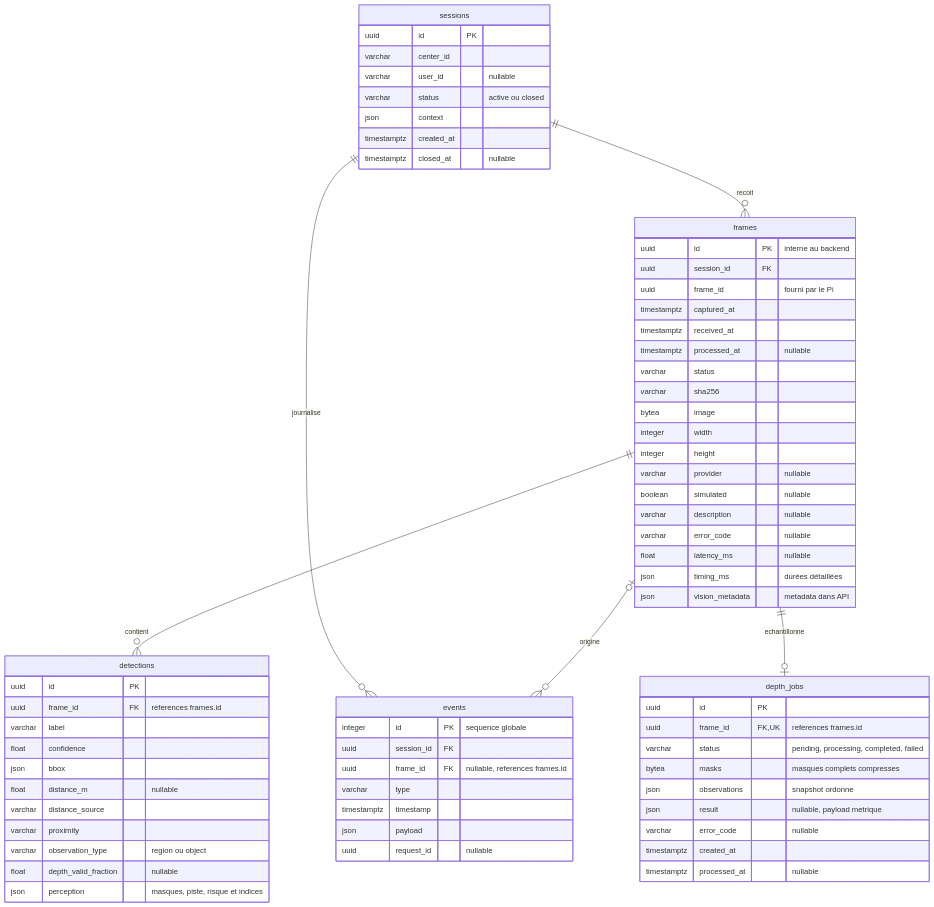
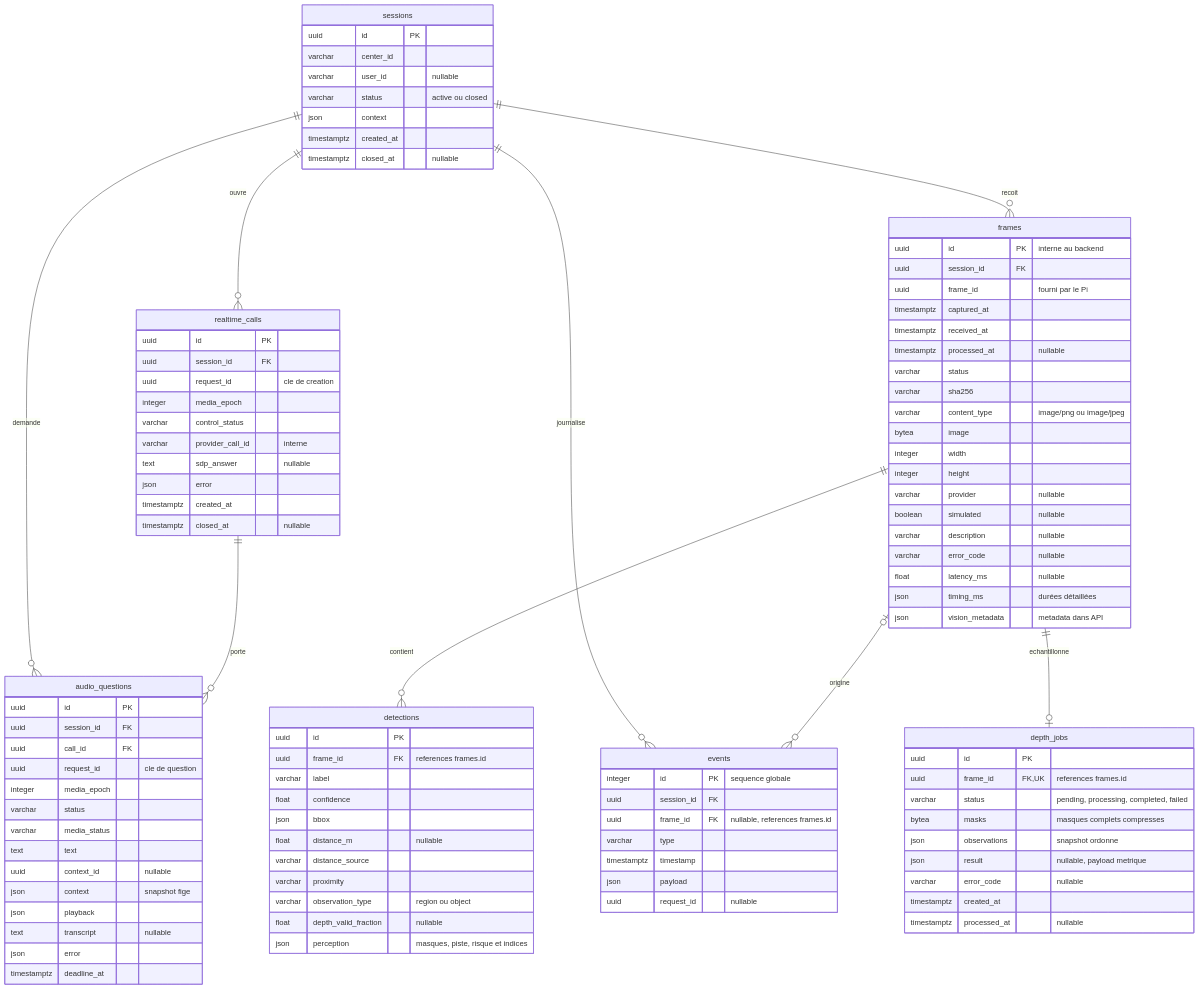
Before and after one commit to Mindsept/Looki--Vision: the first of 6 diagrams in docs/02-base-de-donnees.md, drawn with Mermaid. The commit also changed other lines of this file and 56 other files, not shown here.

Commit message:
feat(contracts): implement mobile realtime lifecycle and PNG ingestion

````diff
--- a/docs/02-base-de-donnees.md
+++ b/docs/02-base-de-donnees.md
@@ -7,5 +7,8 @@
 ```mermaid
 erDiagram
+    sessions ||--o{ realtime_calls : ouvre
+    sessions ||--o{ audio_questions : demande
+    realtime_calls ||--o{ audio_questions : porte
     sessions ||--o{ frames : recoit
     sessions ||--o{ events : journalise
     frames ||--o{ detections : contient
@@ -29,6 +32,7 @@
         timestamptz processed_at "nullable"
         varchar status
         varchar sha256
+        varchar content_type "image/png ou image/jpeg"
         bytea image
         integer width
         integer height
@@ -73,4 +77,32 @@
         timestamptz created_at
         timestamptz processed_at "nullable"
     }
+    realtime_calls {
+        uuid id PK
+        uuid session_id FK
+        uuid request_id "cle de creation"
+        integer media_epoch
+        varchar control_status
+        varchar provider_call_id "interne"
+        text sdp_answer "nullable"
+        json error
+        timestamptz created_at
+        timestamptz closed_at "nullable"
+    }
+    audio_questions {
+        uuid id PK
+        uuid session_id FK
+        uuid call_id FK
+        uuid request_id "cle de question"
+        integer media_epoch
+        varchar status
+        varchar media_status
+        text text
+        uuid context_id "nullable"
+        json context "snapshot fige"
+        json playback
+        text transcript "nullable"
+        json error
+        timestamptz deadline_at
+    }
 ```
````
